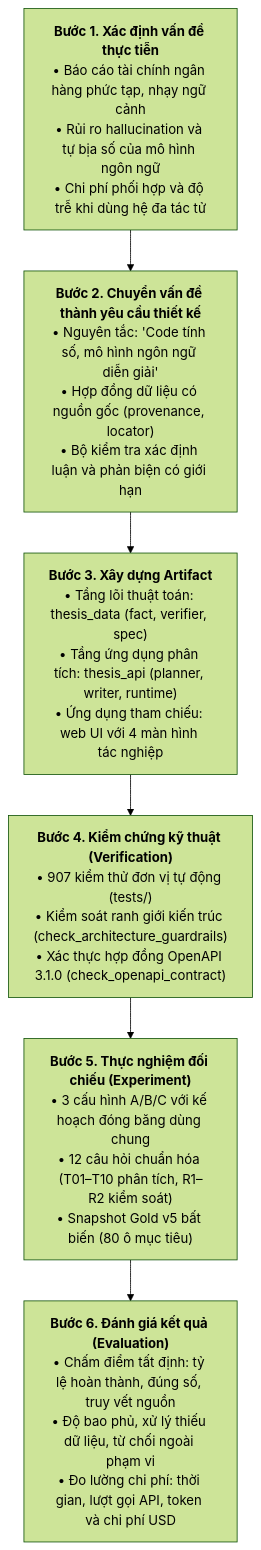
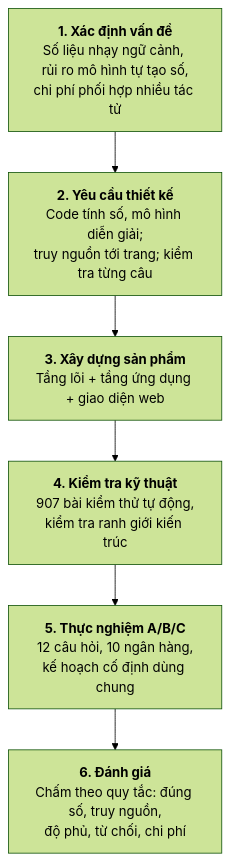
Before and after one commit to thaicuong576/final-thesis: the first of 2 diagrams in docs/thesis-v2/chuong-3-phuong-phap.md, drawn with Mermaid (forest theme). The commit also changed other lines of this file and 19 other files, not shown here.

Commit message:
docs(thesis): condense chapters 1-4 and switch the evaluation to the ten-bank dataset (WIP)

````diff
--- a/docs/thesis-v2/chuong-3-phuong-phap.md
+++ b/docs/thesis-v2/chuong-3-phuong-phap.md
@@ -30,16 +22,10 @@
 ```mermaid
 flowchart TD
-    S1["<b>Bước 1. Xác định vấn đề thực tiễn</b><br/>• Báo cáo tài chính ngân hàng phức tạp, nhạy ngữ cảnh<br/>• Rủi ro hallucination và tự bịa số của mô hình ngôn ngữ<br/>• Chi phí phối hợp và độ trễ khi dùng hệ đa tác tử"]
-    
-    S2["<b>Bước 2. Chuyển vấn đề thành yêu cầu thiết kế</b><br/>• Nguyên tắc: 'Code tính số, mô hình ngôn ngữ diễn giải'<br/>• Hợp đồng dữ liệu có nguồn gốc (provenance, locator)<br/>• Bộ kiểm tra xác định luận và phản biện có giới hạn"]
-    
-    S3["<b>Bước 3. Xây dựng Artifact</b><br/>• Tầng lõi thuật toán: thesis_data (fact, verifier, spec)<br/>• Tầng ứng dụng phân tích: thesis_api (planner, writer, runtime)<br/>• Ứng dụng tham chiếu: web UI với 4 màn hình tác nghiệp"]
-    
-    S4["<b>Bước 4. Kiểm chứng kỹ thuật (Verification)</b><br/>• 907 kiểm thử đơn vị tự động (tests/)<br/>• Kiểm soát ranh giới kiến trúc (check_architecture_guardrails)<br/>• Xác thực hợp đồng OpenAPI 3.1.0 (check_openapi_contract)"]
-    
-    S5["<b>Bước 5. Thực nghiệm đối chiếu (Experiment)</b><br/>• 3 cấu hình A/B/C với kế hoạch đóng băng dùng chung<br/>• 12 câu hỏi chuẩn hóa (T01–T10 phân tích, R1–R2 kiểm soát)<br/>• Snapshot Gold v5 bất biến (80 ô mục tiêu)"]
-    
-    S6["<b>Bước 6. Đánh giá kết quả (Evaluation)</b><br/>• Chấm điểm tất định: tỷ lệ hoàn thành, đúng số, truy vết nguồn<br/>• Độ bao phủ, xử lý thiếu dữ liệu, từ chối ngoài phạm vi<br/>• Đo lường chi phí: thời gian, lượt gọi API, token và chi phí USD"]
-
+    S1["<b>1. Xác định vấn đề</b><br/>Số liệu nhạy ngữ cảnh, rủi ro mô hình tự tạo số,<br/>chi phí phối hợp nhiều tác tử"]
+    S2["<b>2. Yêu cầu thiết kế</b><br/>Code tính số, mô hình diễn giải;<br/>truy nguồn tới trang; kiểm tra từng câu"]
+    S3["<b>3. Xây dựng sản phẩm</b><br/>Tầng lõi + tầng ứng dụng + giao diện web"]
+    S4["<b>4. Kiểm tra kỹ thuật</b><br/>907 bài kiểm thử tự động,<br/>kiểm tra ranh giới kiến trúc"]
+    S5["<b>5. Thực nghiệm A/B/C</b><br/>12 câu hỏi, 10 ngân hàng,<br/>kế hoạch cố định dùng chung"]
+    S6["<b>6. Đánh giá</b><br/>Chấm theo quy tắc: đúng số, truy nguồn,<br/>độ phủ, từ chối, chi phí"]
     S1 --> S2 --> S3 --> S4 --> S5 --> S6
 ```
````
